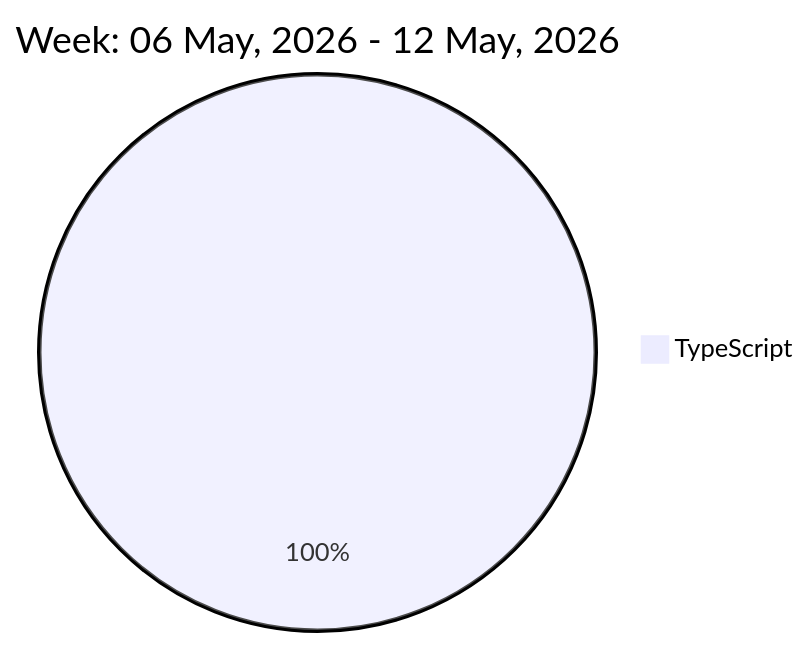
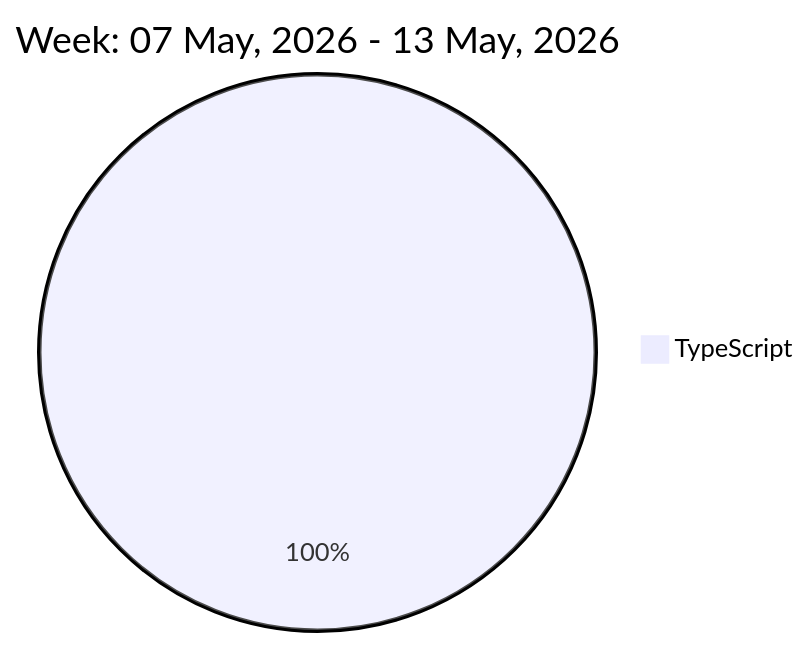
Before and after one commit to liubin95/liubin95: the diagram in README.md, drawn with Mermaid.

Commit message:
Updated the Graph with new Metrics

````diff
--- a/README.md
+++ b/README.md
@@ -32,5 +32,5 @@
 ```mermaid
  pie
-title Week: 06 May, 2026 - 12 May, 2026
- "TypeScript" : 10.73
+title Week: 07 May, 2026 - 13 May, 2026
+ "TypeScript" : 12.02
 ```
````
